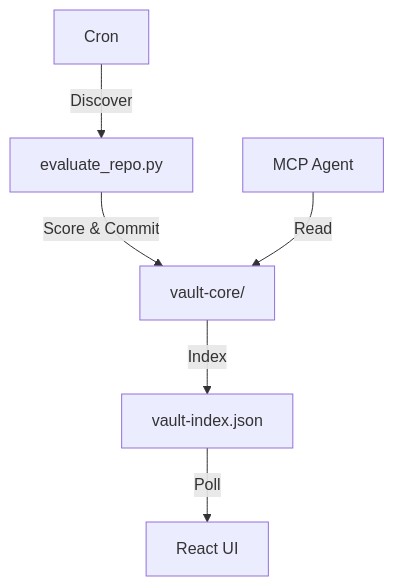
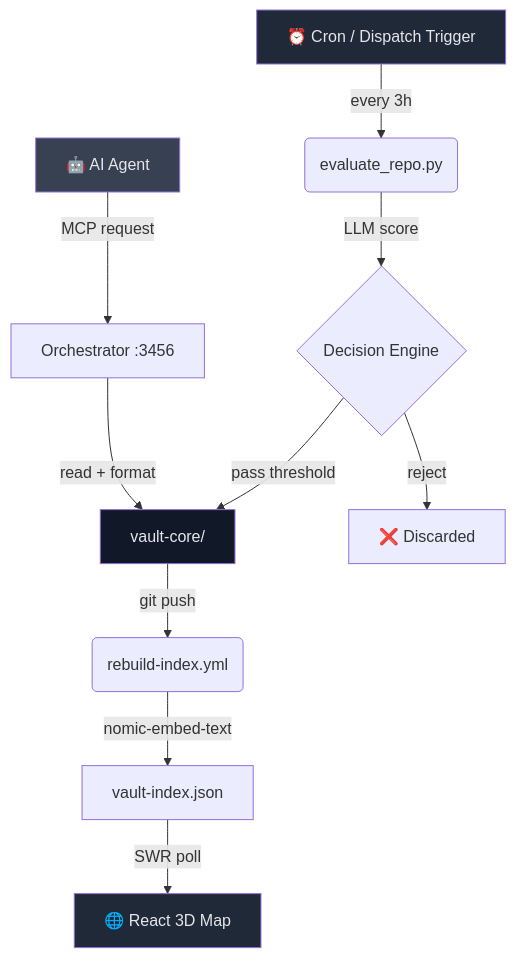
One commit to SAIRAMANALADI/vybe-intelligence-vault changed the diagram in README.md. Above: the diagram before and after it, drawn with Mermaid. The commit also changed other lines of this file, not shown here.

````diff
--- a/README.md
+++ b/README.md
@@ -22,8 +98,17 @@
 ```mermaid
 graph TD
-    A[Cron] -->|Discover| B[evaluate_repo.py]
-    B -->|Score & Commit| C[vault-core/]
-    C -->|Index| D[vault-index.json]
-    D -->|Poll| E[React UI]
-    F[MCP Agent] -->|Read| C
+    A[⏰ Cron / Dispatch Trigger] -->|every 3h| B(evaluate_repo.py)
+    B -->|LLM score| C{Decision Engine}
+    C -->|pass threshold| D[vault-core/]
+    C -->|reject| X[❌ Discarded]
+    D -->|git push| E(rebuild-index.yml)
+    E -->|nomic-embed-text| F[vault-index.json]
+    F -->|SWR poll| G[🌐 React 3D Map]
+    H[🤖 AI Agent] -->|MCP request| I[Orchestrator :3456]
+    I -->|read + format| D
+
+    style A fill:#1f2937,color:#e5e7eb
+    style D fill:#111827,color:#e5e7eb
+    style G fill:#1f2937,color:#e5e7eb
+    style H fill:#374151,color:#e5e7eb
 ```
````
